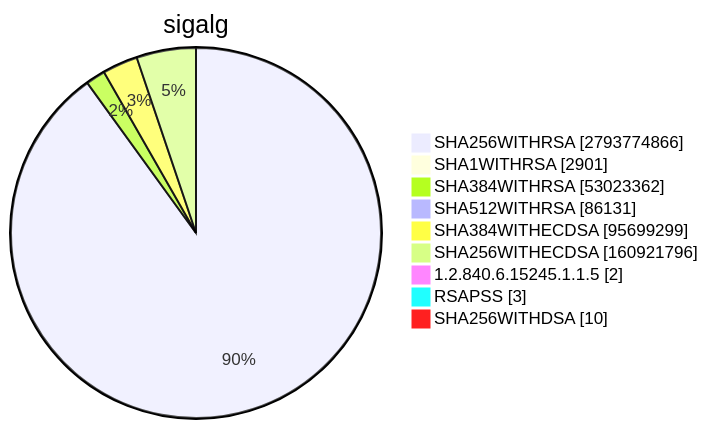
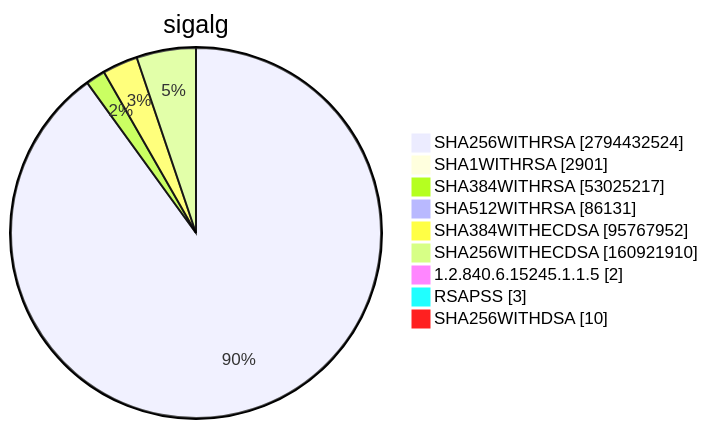
Diagram 15 of 15 in TOTAL/README.md (christiankrug/ctmonitor_visualization), drawn with Mermaid before and after one commit. The commit also changed other lines of this file, not shown here.

````diff
--- a/TOTAL/README.md
+++ b/TOTAL/README.md
@@ -6207,13 +6207,13 @@
 ```mermaid
 pie showData
 title sigalg
-"SHA256WITHRSA" :2793774866
+"SHA256WITHRSA" :2794432524
 "SHA1WITHRSA" :2901
-"SHA384WITHRSA" :53023362
+"SHA384WITHRSA" :53025217
 "SHA512WITHRSA" :86131
-"SHA384WITHECDSA" :95699299
-"SHA256WITHECDSA" :160921796
+"SHA384WITHECDSA" :95767952
+"SHA256WITHECDSA" :160921910
 "1.2.840.6.15245.1.1.5" :2
 "RSAPSS" :3
 "SHA256WITHDSA" :10
 ```
````
